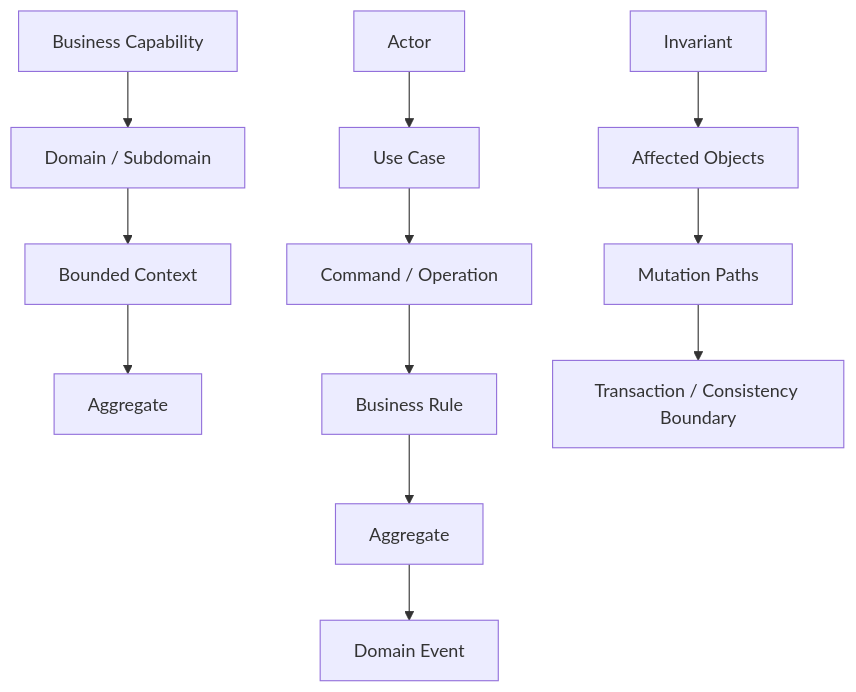
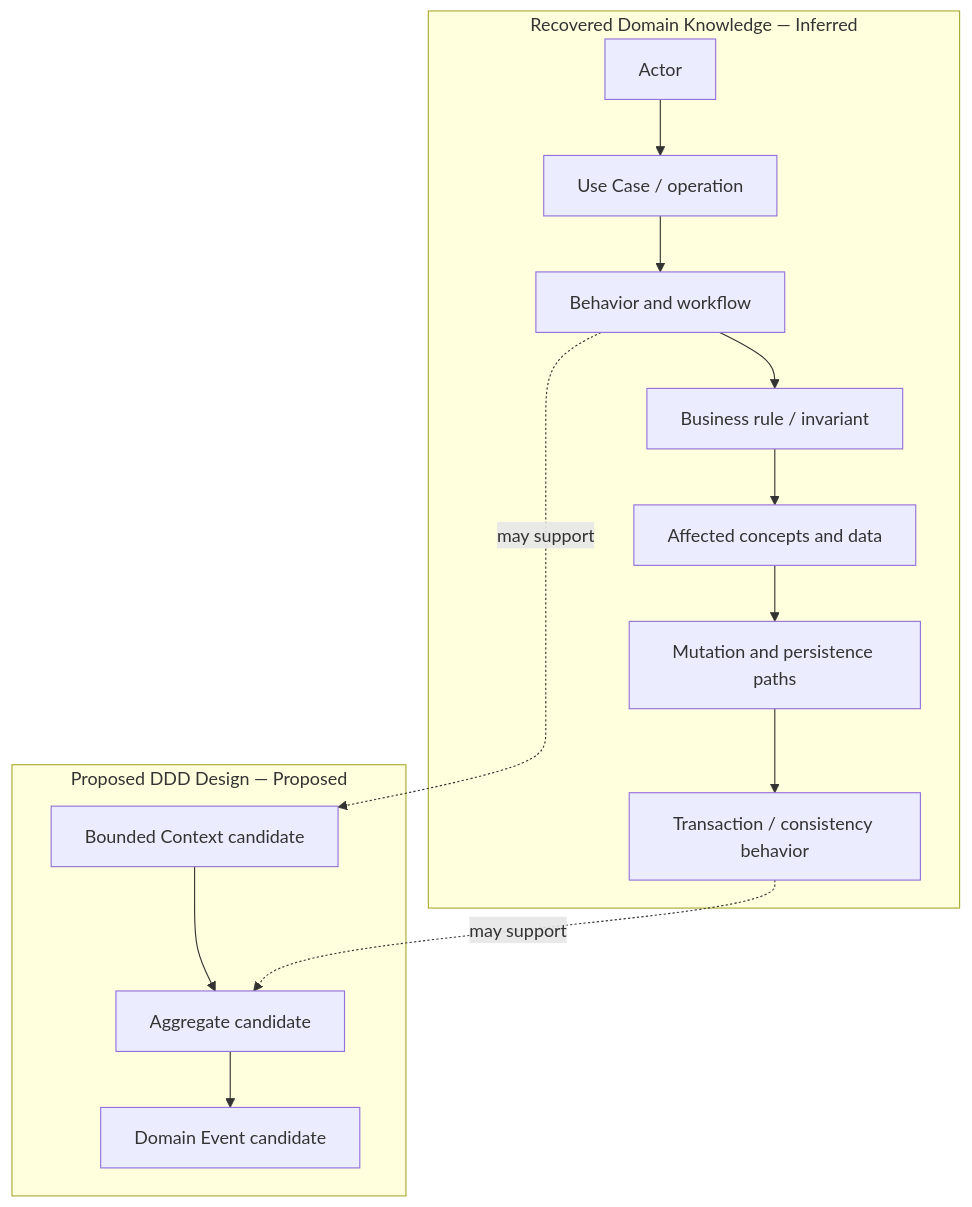
One commit to ksharik/domainLens changed the second of 3 diagrams in docs/architecture/06-domain-knowledge-architecture.md. Above: the diagram before and after it, drawn with Mermaid. The commit also changed other lines of this file and 17 other files, not shown here.

````diff
--- a/docs/architecture/06-domain-knowledge-architecture.md
+++ b/docs/architecture/06-domain-knowledge-architecture.md
@@ -111,16 +171,19 @@
 ```mermaid
 flowchart TB
-    Capability["Business Capability"] --> Domain["Domain / Subdomain"]
-    Domain --> Context["Bounded Context"]
-    Context --> Aggregate["Aggregate"]
+    subgraph Existing["Recovered Domain Knowledge — Inferred"]
+        Actor["Actor"] --> UseCase["Use Case / operation"]
+        UseCase --> Behavior["Behavior and workflow"]
+        Behavior --> Rule["Business rule / invariant"]
+        Rule --> Objects["Affected concepts and data"]
+        Objects --> Mutations["Mutation and persistence paths"]
+        Mutations --> Boundary["Transaction / consistency behavior"]
+    end
 
-    Actor["Actor"] --> UseCase["Use Case"]
-    UseCase --> Command["Command / Operation"]
-    Command --> Rule["Business Rule"]
-    Rule --> Aggregate2["Aggregate"]
-    Aggregate2 --> Event["Domain Event"]
+    subgraph Design["Proposed DDD Design — Proposed"]
+        Context["Bounded Context candidate"] --> Aggregate["Aggregate candidate"]
+        Aggregate --> Event["Domain Event candidate"]
+    end
 
-    Invariant["Invariant"] --> Objects["Affected Objects"]
-    Objects --> Mutations["Mutation Paths"]
-    Mutations --> Boundary["Transaction / Consistency Boundary"]
+    Behavior -.->|may support| Context
+    Boundary -.->|may support| Aggregate
 ```
````
